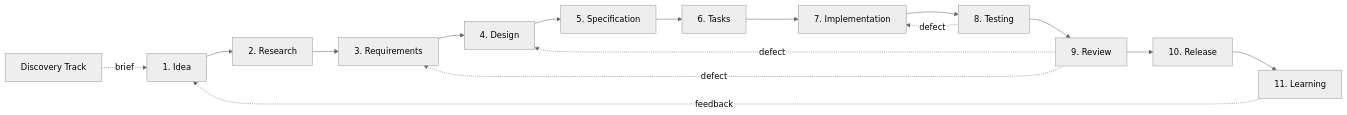
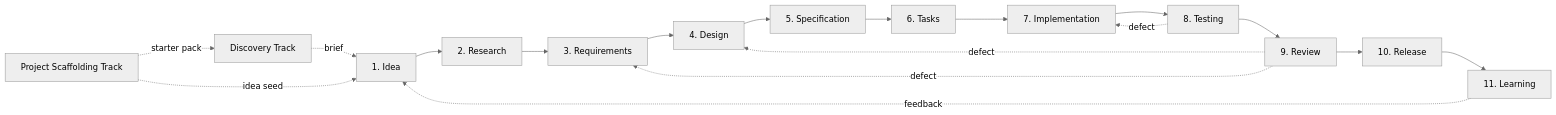
One commit to Luis85/agentic-workflow changed the diagram in docs/specorator.md. Above: the diagram before and after it, drawn with Mermaid (neutral theme). The commit also changed other lines of this file and 26 other files, not shown here.

Commit message:
feat(scaffold): add ADR-0011 project scaffolding track

````diff
--- a/docs/specorator.md
+++ b/docs/specorator.md
@@ -43,32 +43,35 @@
 ```mermaid
 flowchart LR
+    scaffold["Project Scaffolding Track"]
     discovery["Discovery Track"]
     idea["1. Idea"]
     research["2. Research"]
     requirements["3. Requirements"]
     design["4. Design"]
     specification["5. Specification"]
     tasks["6. Tasks"]
     implementation["7. Implementation"]
     testing["8. Testing"]
     review["9. Review"]
     release["10. Release"]
     learning["11. Learning"]
 
+    scaffold -.->|starter pack| discovery
+    scaffold -.->|idea seed| idea
     discovery -.->|brief| idea
     idea --> research
     research --> requirements
     requirements --> design
     design --> specification
     specification --> tasks
     tasks --> implementation
     implementation --> testing
     testing --> review
     review --> release
     release --> learning
 
     learning -.->|feedback| idea
     review -.->|defect| requirements
     review -.->|defect| design
     testing -.->|defect| implementation
 ```
````
